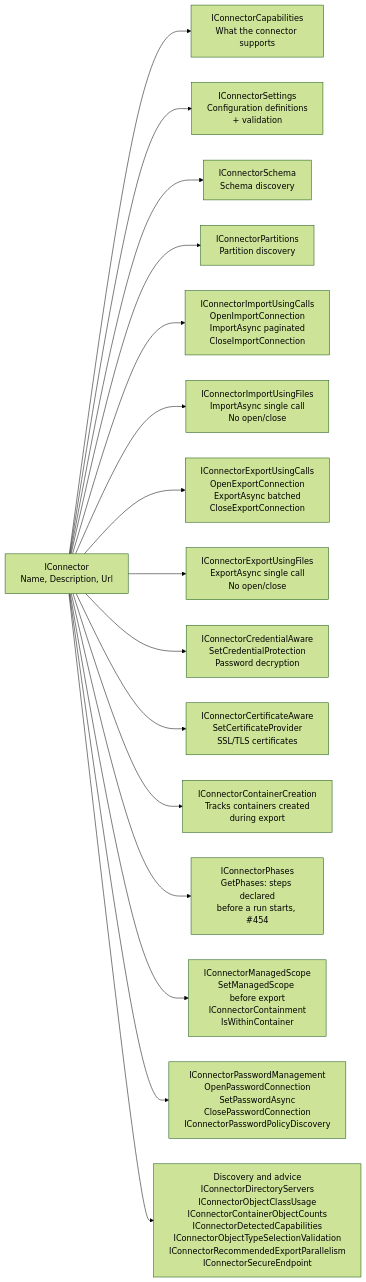
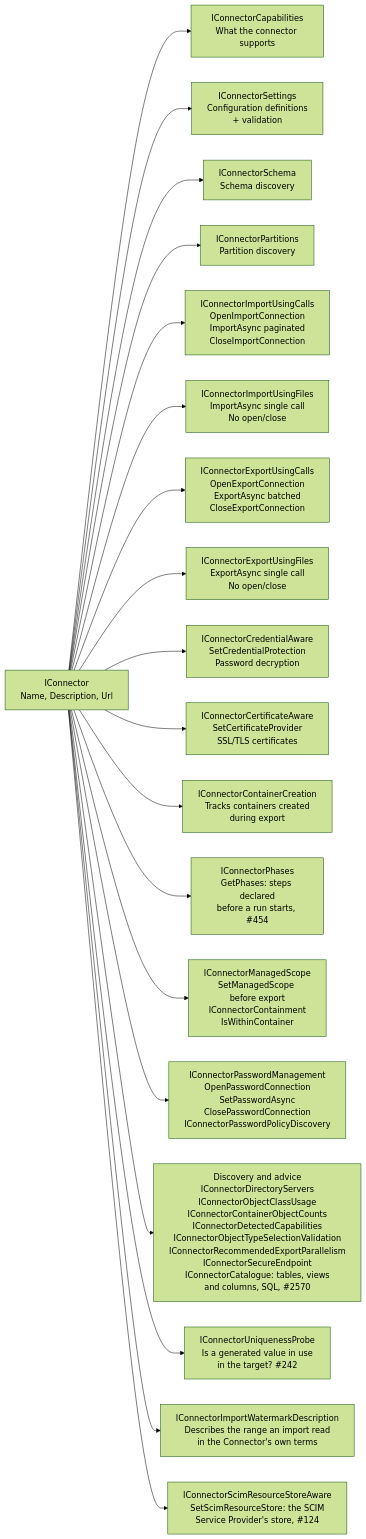
The first of 7 diagrams in engineering/developer/diagrams/CONNECTOR_LIFECYCLE.md (TetronIO/JIM), drawn with Mermaid (forest theme) before and after one commit. The commit also changed other lines of this file and 10 other files, not shown here.

````diff
--- a/engineering/developer/diagrams/CONNECTOR_LIFECYCLE.md
+++ b/engineering/developer/diagrams/CONNECTOR_LIFECYCLE.md
@@ -9,22 +9,25 @@
 ```mermaid
 flowchart LR
     IConnector[IConnector<br/>Name, Description, Url] --> ICap[IConnectorCapabilities<br/>What the connector supports]
     IConnector --> ISettings[IConnectorSettings<br/>Configuration definitions<br/>+ validation]
     IConnector --> ISchema[IConnectorSchema<br/>Schema discovery]
     IConnector --> IPartitions[IConnectorPartitions<br/>Partition discovery]
 
     IConnector --> IImportCalls[IConnectorImportUsingCalls<br/>OpenImportConnection<br/>ImportAsync paginated<br/>CloseImportConnection]
     IConnector --> IImportFiles[IConnectorImportUsingFiles<br/>ImportAsync single call<br/>No open/close]
 
     IConnector --> IExportCalls[IConnectorExportUsingCalls<br/>OpenExportConnection<br/>ExportAsync batched<br/>CloseExportConnection]
     IConnector --> IExportFiles[IConnectorExportUsingFiles<br/>ExportAsync single call<br/>No open/close]
 
     IConnector --> ICredential[IConnectorCredentialAware<br/>SetCredentialProtection<br/>Password decryption]
     IConnector --> ICertificate[IConnectorCertificateAware<br/>SetCertificateProvider<br/>SSL/TLS certificates]
     IConnector --> IContainer[IConnectorContainerCreation<br/>Tracks containers created<br/>during export]
 
     IConnector --> IPhases[IConnectorPhases<br/>GetPhases: steps declared<br/>before a run starts, #454]
     IConnector --> IScope[IConnectorManagedScope<br/>SetManagedScope before export<br/>IConnectorContainment<br/>IsWithinContainer]
     IConnector --> IPassword[IConnectorPasswordManagement<br/>OpenPasswordConnection<br/>SetPasswordAsync<br/>ClosePasswordConnection<br/>IConnectorPasswordPolicyDiscovery]
-    IConnector --> IDiscovery[Discovery and advice<br/>IConnectorDirectoryServers<br/>IConnectorObjectClassUsage<br/>IConnectorContainerObjectCounts<br/>IConnectorDetectedCapabilities<br/>IConnectorObjectTypeSelectionValidation<br/>IConnectorRecommendedExportParallelism<br/>IConnectorSecureEndpoint]
+    IConnector --> IDiscovery[Discovery and advice<br/>IConnectorDirectoryServers<br/>IConnectorObjectClassUsage<br/>IConnectorContainerObjectCounts<br/>IConnectorDetectedCapabilities<br/>IConnectorObjectTypeSelectionValidation<br/>IConnectorRecommendedExportParallelism<br/>IConnectorSecureEndpoint<br/>IConnectorCatalogue: tables, views<br/>and columns, SQL, #2570]
+    IConnector --> IProbe[IConnectorUniquenessProbe<br/>Is a generated value in use<br/>in the target? #242]
+    IConnector --> IWatermark[IConnectorImportWatermarkDescription<br/>Describes the range an import read<br/>in the Connector's own terms]
+    IConnector --> IStore[IConnectorScimResourceStoreAware<br/>SetScimResourceStore: the SCIM<br/>Service Provider's store, #124]
 ```
````
